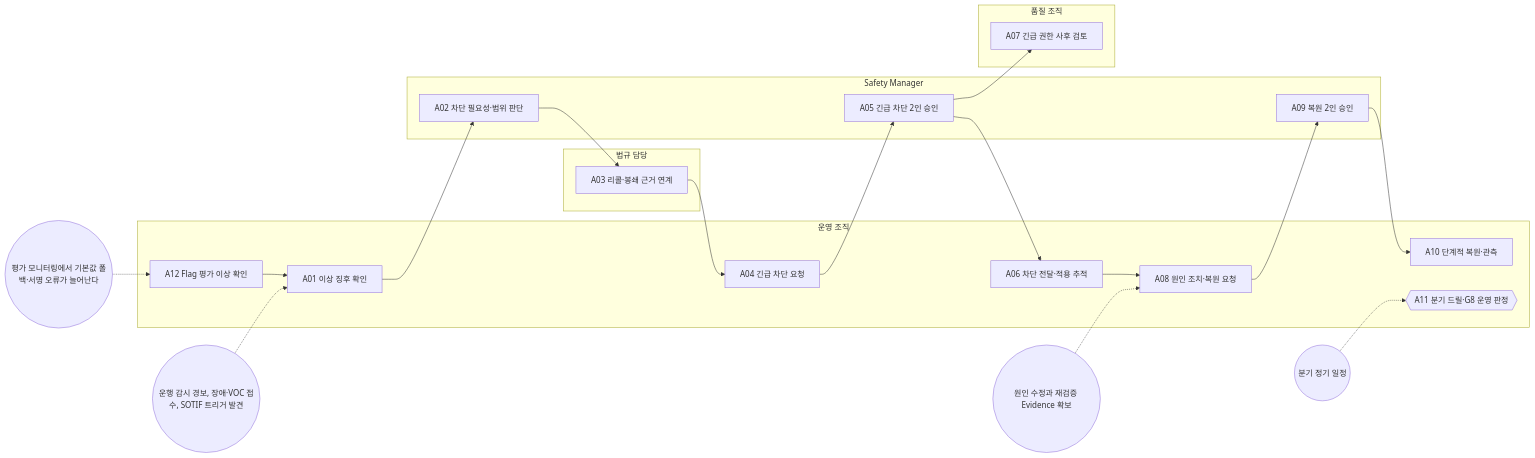
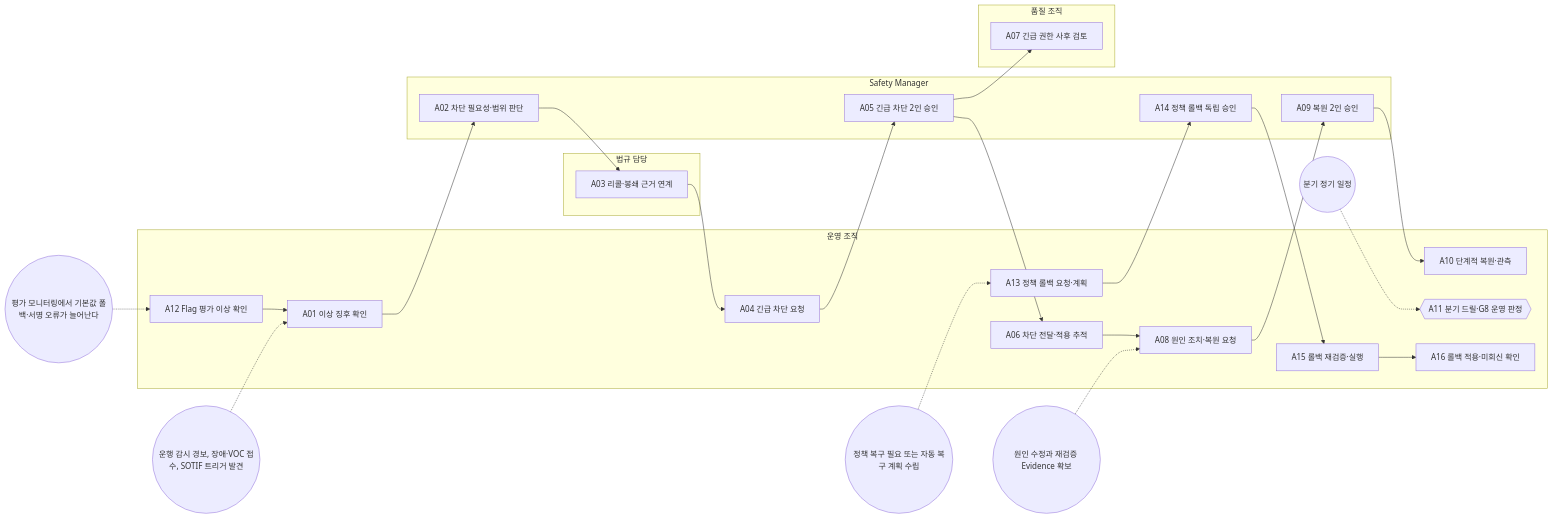
The diagram in docs/65-workflows/out/processes/FPW.8.md (mutuuslab/feature-topology-platform), drawn with Mermaid before and after one commit. The commit also changed other lines of this file and 121 other files, not shown here.

````diff
--- a/docs/65-workflows/out/processes/FPW.8.md
+++ b/docs/65-workflows/out/processes/FPW.8.md
@@ -24,37 +24,45 @@
 ```mermaid
 flowchart LR
   subgraph R_OPS["운영 조직"]
     FPW_8_A12["A12 Flag 평가 이상 확인"]
     FPW_8_A01["A01 이상 징후 확인"]
     FPW_8_A04["A04 긴급 차단 요청"]
     FPW_8_A06["A06 차단 전달·적용 추적"]
     FPW_8_A08["A08 원인 조치·복원 요청"]
     FPW_8_A10["A10 단계적 복원·관측"]
     FPW_8_A11{{"A11 분기 드릴·G8 운영 판정"}}
+    FPW_8_A13["A13 정책 롤백 요청·계획"]
+    FPW_8_A15["A15 롤백 재검증·실행"]
+    FPW_8_A16["A16 롤백 적용·미회신 확인"]
   end
   subgraph R_SM["Safety Manager"]
     FPW_8_A02["A02 차단 필요성·범위 판단"]
     FPW_8_A05["A05 긴급 차단 2인 승인"]
     FPW_8_A09["A09 복원 2인 승인"]
+    FPW_8_A14["A14 정책 롤백 독립 승인"]
   end
   subgraph R_REG["법규 담당"]
     FPW_8_A03["A03 리콜·봉쇄 근거 연계"]
   end
   subgraph R_QA["품질 조직"]
     FPW_8_A07["A07 긴급 권한 사후 검토"]
   end
   T_FPW_8_A12(("평가 모니터링에서 기본값 폴백·서명 오류가 늘어난다")) -.-> FPW_8_A12
   FPW_8_A12 --> FPW_8_A01
   T_FPW_8_A01(("운행 감시 경보, 장애·VOC 접수, SOTIF 트리거 발견")) -.-> FPW_8_A01
   FPW_8_A01 --> FPW_8_A02
   FPW_8_A02 --> FPW_8_A03
   FPW_8_A03 --> FPW_8_A04
   FPW_8_A04 --> FPW_8_A05
   FPW_8_A05 --> FPW_8_A06
   FPW_8_A05 --> FPW_8_A07
   FPW_8_A06 --> FPW_8_A08
   T_FPW_8_A08(("원인 수정과 재검증 Evidence 확보")) -.-> FPW_8_A08
   FPW_8_A08 --> FPW_8_A09
   FPW_8_A09 --> FPW_8_A10
   T_FPW_8_A11(("분기 정기 일정")) -.-> FPW_8_A11
+  T_FPW_8_A13(("정책 복구 필요 또는 자동 복구 계획 수립")) -.-> FPW_8_A13
+  FPW_8_A13 --> FPW_8_A14
+  FPW_8_A14 --> FPW_8_A15
+  FPW_8_A15 --> FPW_8_A16
 ```
````
